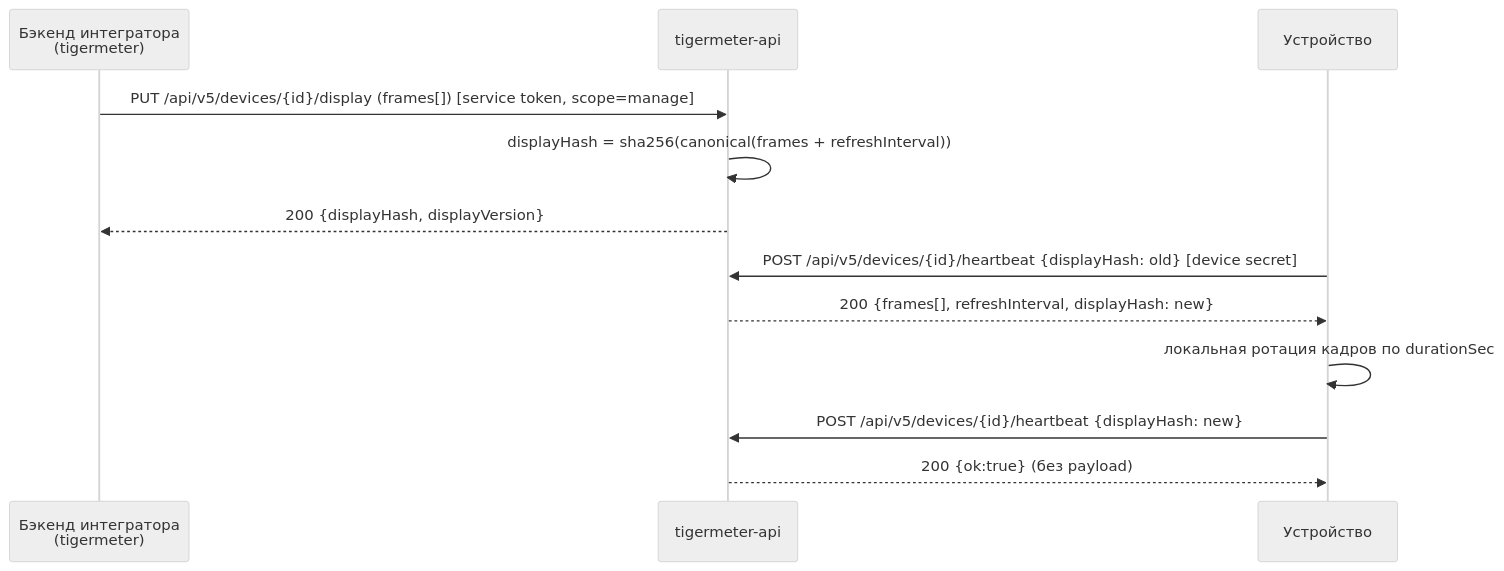
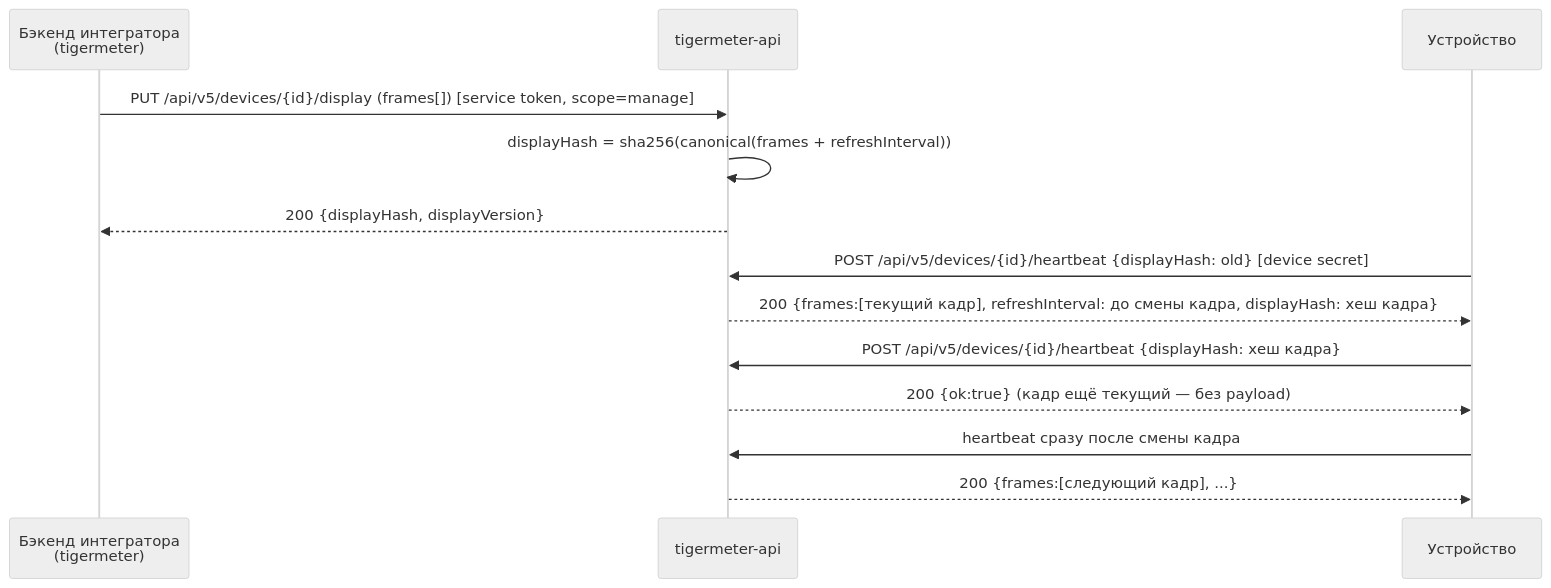
The diagram in README.md (rd1-io/tigermeter-api), drawn with Mermaid (neutral theme) before and after one commit. The commit also changed other lines of this file and 2 other files, not shown here.

Commit message:
docs: серверная ротация кадров, тайминги и правило beep/flash; swagger синхронизирован

````diff
--- a/README.md
+++ b/README.md
@@ -31,14 +31,15 @@
 ```mermaid
 sequenceDiagram
     participant Cust as Бэкенд интегратора<br/>(tigermeter)
     participant API as tigermeter-api
     participant Device as Устройство
     Cust->>API: PUT /api/v5/devices/{id}/display (frames[])  [service token, scope=manage]
     API->>API: displayHash = sha256(canonical(frames + refreshInterval))
     API-->>Cust: 200 {displayHash, displayVersion}
     Device->>API: POST /api/v5/devices/{id}/heartbeat {displayHash: old}  [device secret]
-    API-->>Device: 200 {frames[], refreshInterval, displayHash: new}
-    Device->>Device: локальная ротация кадров по durationSec
-    Device->>API: POST /api/v5/devices/{id}/heartbeat {displayHash: new}
-    API-->>Device: 200 {ok:true}  (без payload)
+    API-->>Device: 200 {frames:[текущий кадр], refreshInterval: до смены кадра, displayHash: хеш кадра}
+    Device->>API: POST /api/v5/devices/{id}/heartbeat {displayHash: хеш кадра}
+    API-->>Device: 200 {ok:true}  (кадр ещё текущий — без payload)
+    Device->>API: heartbeat сразу после смены кадра
+    API-->>Device: 200 {frames:[следующий кадр], ...}
 ```
````
